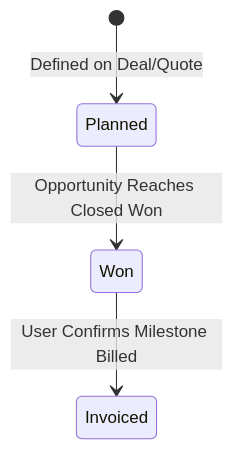
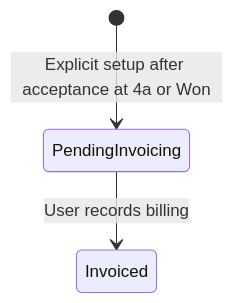
The diagram in docs/gitbook-documentation/06-payment-milestones.md (Super-ERP/crm-v2), drawn with Mermaid before and after one commit. The commit also changed other lines of this file and 73 other files, not shown here.

````diff
--- a/docs/gitbook-documentation/06-payment-milestones.md
+++ b/docs/gitbook-documentation/06-payment-milestones.md
@@ -80,6 +80,5 @@
 ```mermaid
 stateDiagram-v2
-    [*] --> Planned: Defined on Deal/Quote
-    Planned --> Won: Opportunity Reaches Closed Won
-    Won --> Invoiced: User Confirms Milestone Billed
+    [*] --> PendingInvoicing: Explicit setup after acceptance at 4a or Won
+    PendingInvoicing --> Invoiced: User records billing
 ```
````
